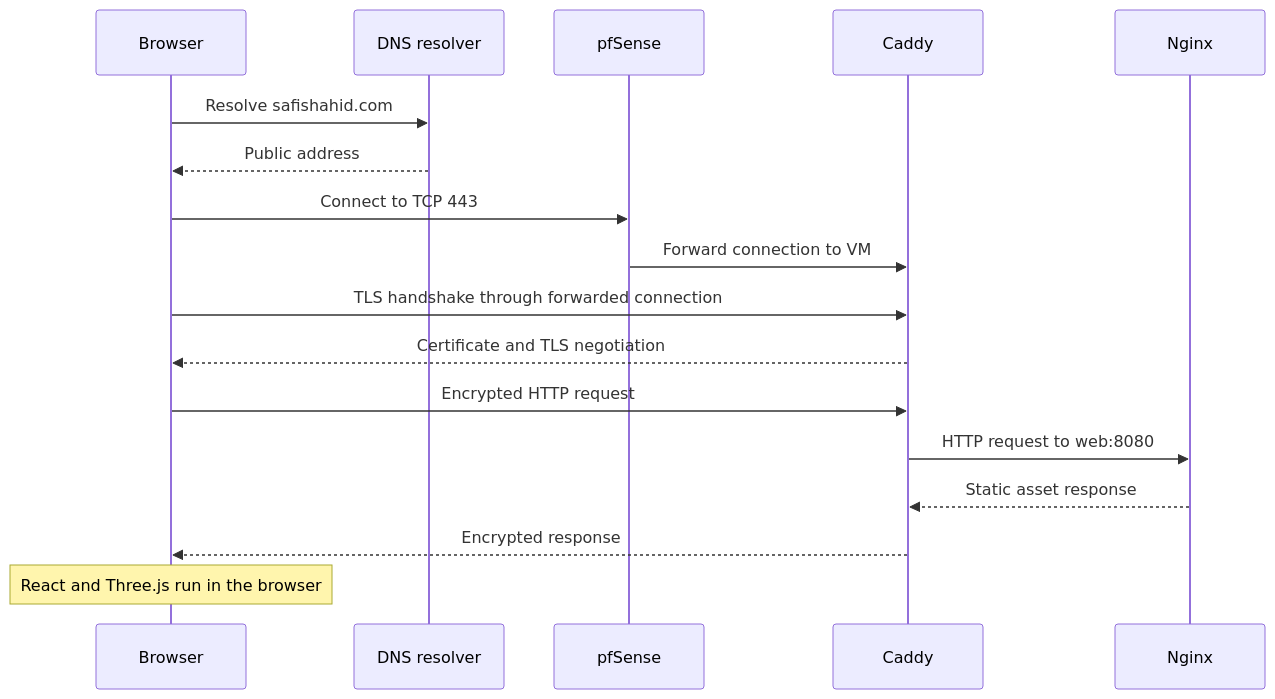
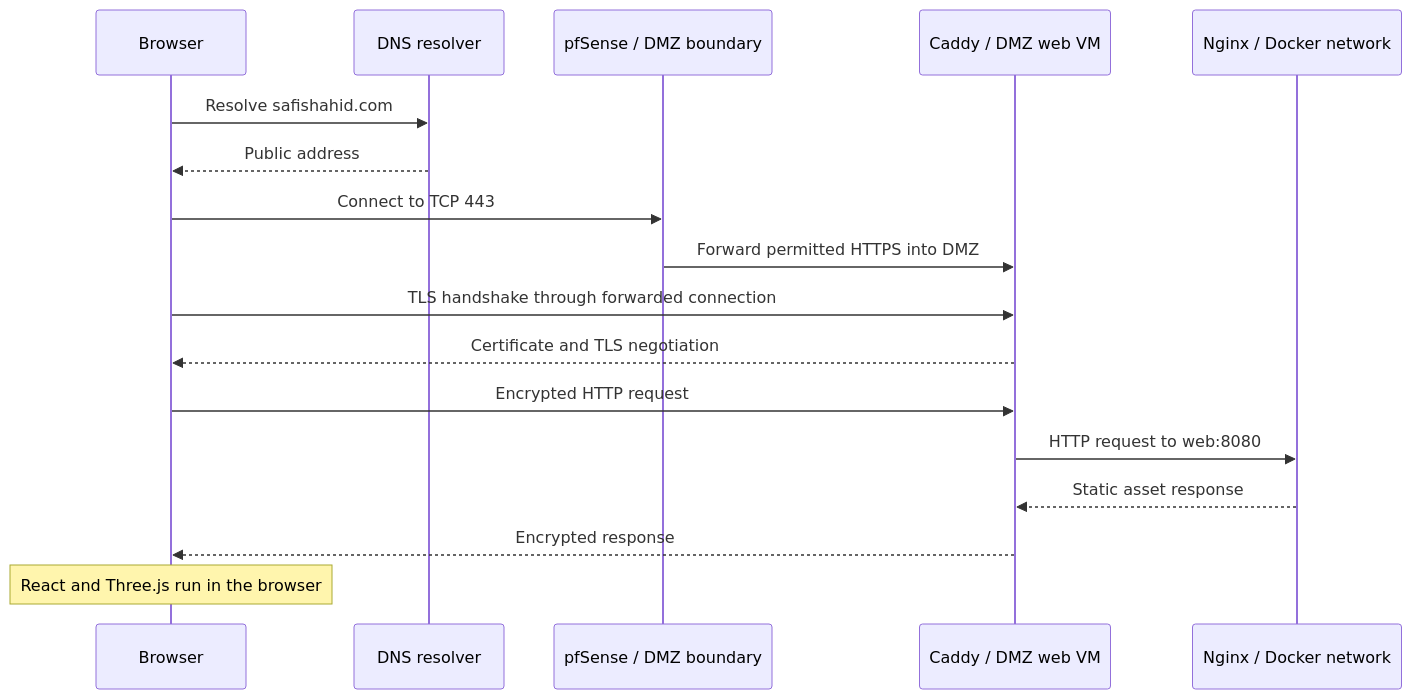
Before and after one commit to SafiShahid34/Safi-Portfolio-Architecture: the third of 5 diagrams in README.md, drawn with Mermaid. The commit also changed other lines of this file, not shown here.

````diff
--- a/README.md
+++ b/README.md
@@ -374,19 +270,19 @@
 ```mermaid
 sequenceDiagram
     participant B as Browser
     participant D as DNS resolver
-    participant F as pfSense
-    participant C as Caddy
-    participant N as Nginx
+    participant F as pfSense / DMZ boundary
+    participant C as Caddy / DMZ web VM
+    participant N as Nginx / Docker network
     B->>D: Resolve safishahid.com
     D-->>B: Public address
     B->>F: Connect to TCP 443
-    F->>C: Forward connection to VM
+    F->>C: Forward permitted HTTPS into DMZ
     B->>C: TLS handshake through forwarded connection
     C-->>B: Certificate and TLS negotiation
     B->>C: Encrypted HTTP request
     C->>N: HTTP request to web:8080
     N-->>C: Static asset response
     C-->>B: Encrypted response
     Note over B: React and Three.js run in the browser
 ```
````
